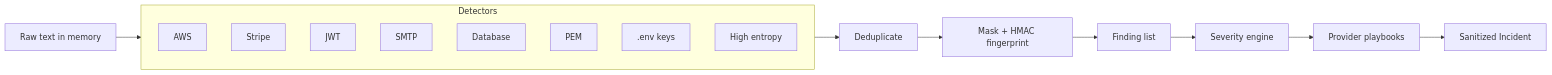
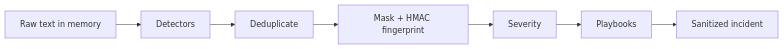
One commit to amulyavarshney/Secret-Exposure-Response-Assistant changed the second of 3 diagrams in docs/ARCHITECTURE.md. Above: the diagram before and after it, drawn with Mermaid. The commit also changed other lines of this file and 81 other files, not shown here.

````diff
--- a/docs/ARCHITECTURE.md
+++ b/docs/ARCHITECTURE.md
@@ -91,20 +44,9 @@
 ```mermaid
 flowchart LR
   Input[Raw text in memory] --> Detectors
-  subgraph Detectors
-    AWS
-    Stripe
-    JWT
-    SMTP
-    DB[Database]
-    PEM
-    EnvKeys[".env keys"]
-    Entropy[High entropy]
-  end
   Detectors --> Dedup[Deduplicate]
   Dedup --> Mask[Mask + HMAC fingerprint]
-  Mask --> Findings[Finding list]
-  Findings --> Severity[Severity engine]
-  Severity --> Playbooks[Provider playbooks]
-  Playbooks --> Incident[Sanitized Incident]
+  Mask --> Severity
+  Severity --> Playbooks
+  Playbooks --> Incident[Sanitized incident]
 ```
````
